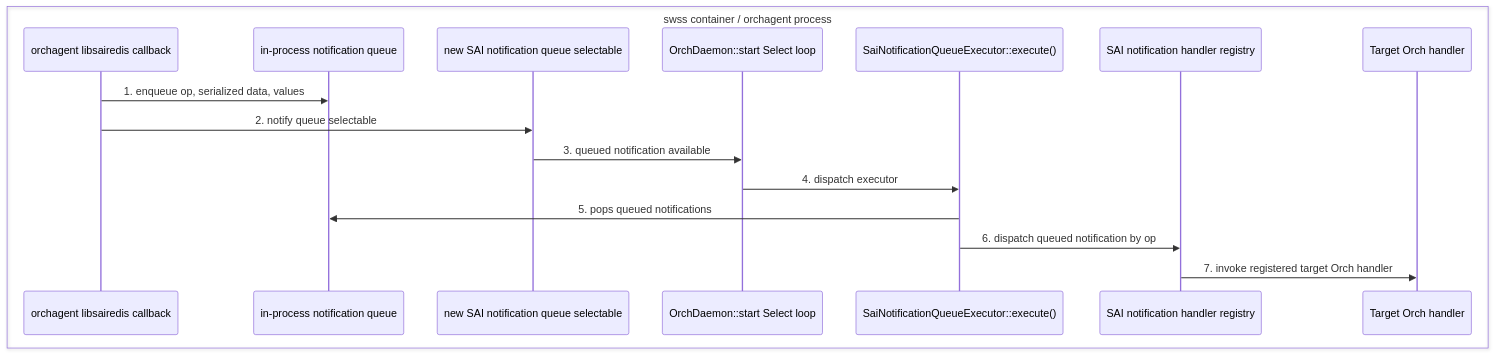
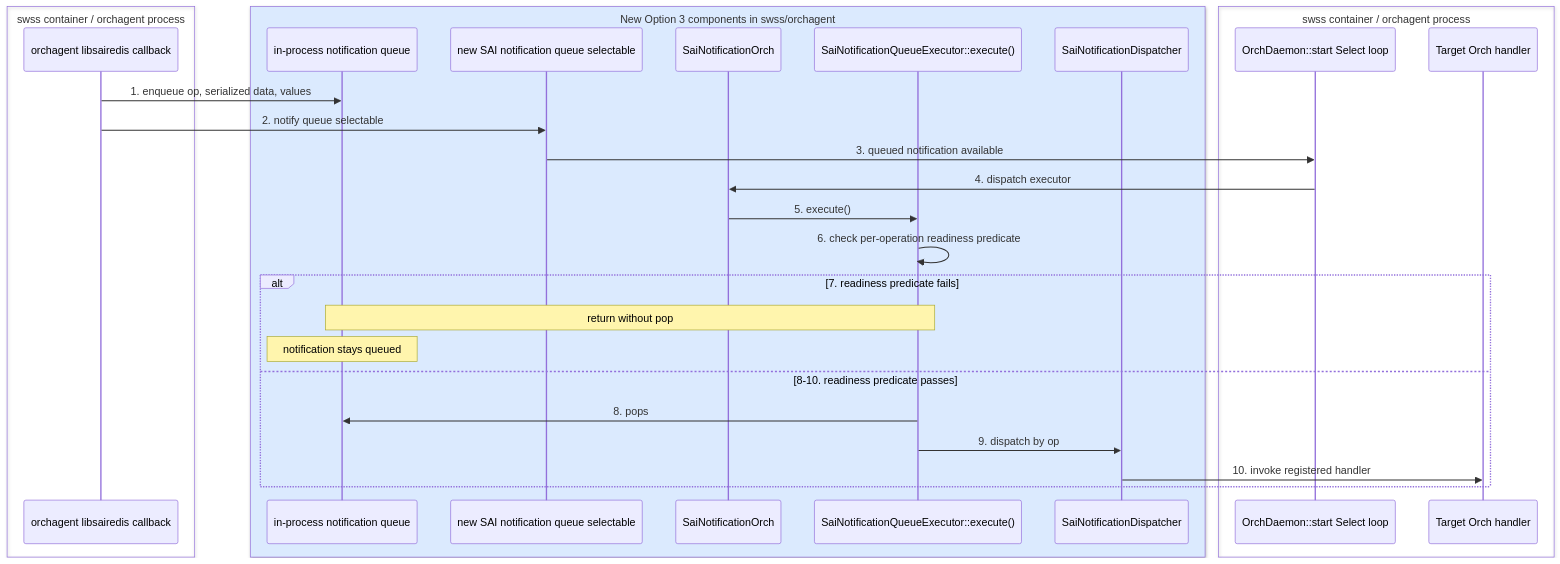
Before and after one commit to sonic-net/sonic-buildimage: the seventh of 10 diagrams in hld/zmq-southbound-sai-notification-handling.md, drawn with Mermaid. The commit also changed other lines of this file, not shown here.

First line of the commit message:
Update ZMQ SAI notification Option 3 HLD

````diff
--- a/hld/zmq-southbound-sai-notification-handling.md
+++ b/hld/zmq-southbound-sai-notification-handling.md
@@ -410,20 +479,34 @@
 ```mermaid
 sequenceDiagram
     box swss container / orchagent process
         participant Callback as orchagent libsairedis callback
+    end
+
+    box rgb(219, 234, 254) New Option 3 components in swss/orchagent
         participant Queue as in-process notification queue
         participant Wakeup as new SAI notification queue selectable
+        participant SaiNotificationOrch as SaiNotificationOrch
+        participant Executor as SaiNotificationQueueExecutor::execute()
+        participant Dispatcher as SaiNotificationDispatcher
+    end
+
+    box swss container / orchagent process
         participant MainLoop as OrchDaemon::start Select loop
-        participant Executor as SaiNotificationQueueExecutor::execute()
-        participant Dispatcher as SAI notification handler registry
         participant Orch as Target Orch handler
     end
 
     Callback->>Queue: 1. enqueue op, serialized data, values
     Callback->>Wakeup: 2. notify queue selectable
     Wakeup->>MainLoop: 3. queued notification available
-    MainLoop->>Executor: 4. dispatch executor
-    Executor->>Queue: 5. pops queued notifications
-    Executor->>Dispatcher: 6. dispatch queued notification by op
-    Dispatcher->>Orch: 7. invoke registered target Orch handler
+    MainLoop->>SaiNotificationOrch: 4. dispatch executor
+    SaiNotificationOrch->>Executor: 5. execute()
+    Executor->>Executor: 6. check per-operation readiness predicate
+    alt 7. readiness predicate fails
+        Note over Executor,Queue: return without pop
+        Note over Queue: notification stays queued
+    else 8-10. readiness predicate passes
+        Executor->>Queue: 8. pops
+        Executor->>Dispatcher: 9. dispatch by op
+        Dispatcher->>Orch: 10. invoke registered handler
+    end
 ```
````
